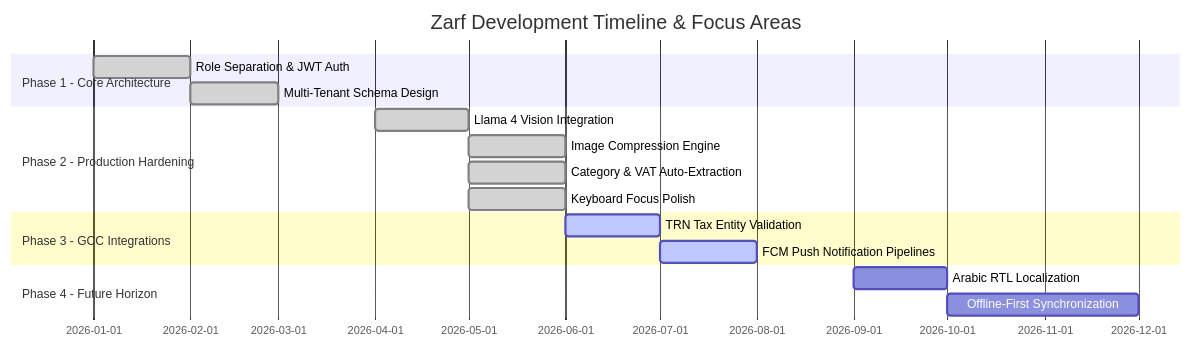
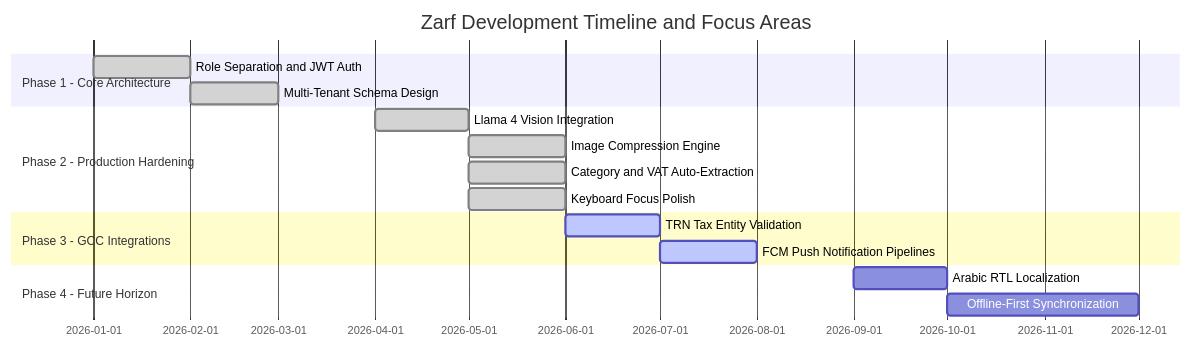
The diagram in ROADMAP.md (r6rizwan/Zarf), drawn with Mermaid before and after one commit.

Commit message:
fix(docs): replace raw ampersands with word 'and' to resolve Mermaid SVG parsing error

````diff
--- a/ROADMAP.md
+++ b/ROADMAP.md
@@ -9,19 +9,19 @@
 ```mermaid
 gantt
-    title Zarf Development Timeline & Focus Areas
+    title Zarf Development Timeline and Focus Areas
     dateFormat  YYYY-MM
     section Phase 1 - Core Architecture
-    Role Separation & JWT Auth         :done, p1, 2026-01, 2026-02
+    Role Separation and JWT Auth         :done, p1, 2026-01, 2026-02
     Multi-Tenant Schema Design        :done, p2, 2026-02, 2026-03
     section Phase 2 - Production Hardening
     Llama 4 Vision Integration         :done, p3, 2026-04, 2026-05
     Image Compression Engine          :done, p4, 2026-05, 2026-06
-    Category & VAT Auto-Extraction    :done, p5, 2026-05, 2026-06
+    Category and VAT Auto-Extraction    :done, p5, 2026-05, 2026-06
     Keyboard Focus Polish             :done, p6, 2026-05, 2026-06
     section Phase 3 - GCC Integrations
     TRN Tax Entity Validation         :active, p7, 2026-06, 2026-07
     FCM Push Notification Pipelines   :active, p8, 2026-07, 2026-08
     section Phase 4 - Future Horizon
     Arabic RTL Localization           : p9, 2026-09, 2026-10
     Offline-First Synchronization     : p10, 2026-10, 2026-12
 ```
````
